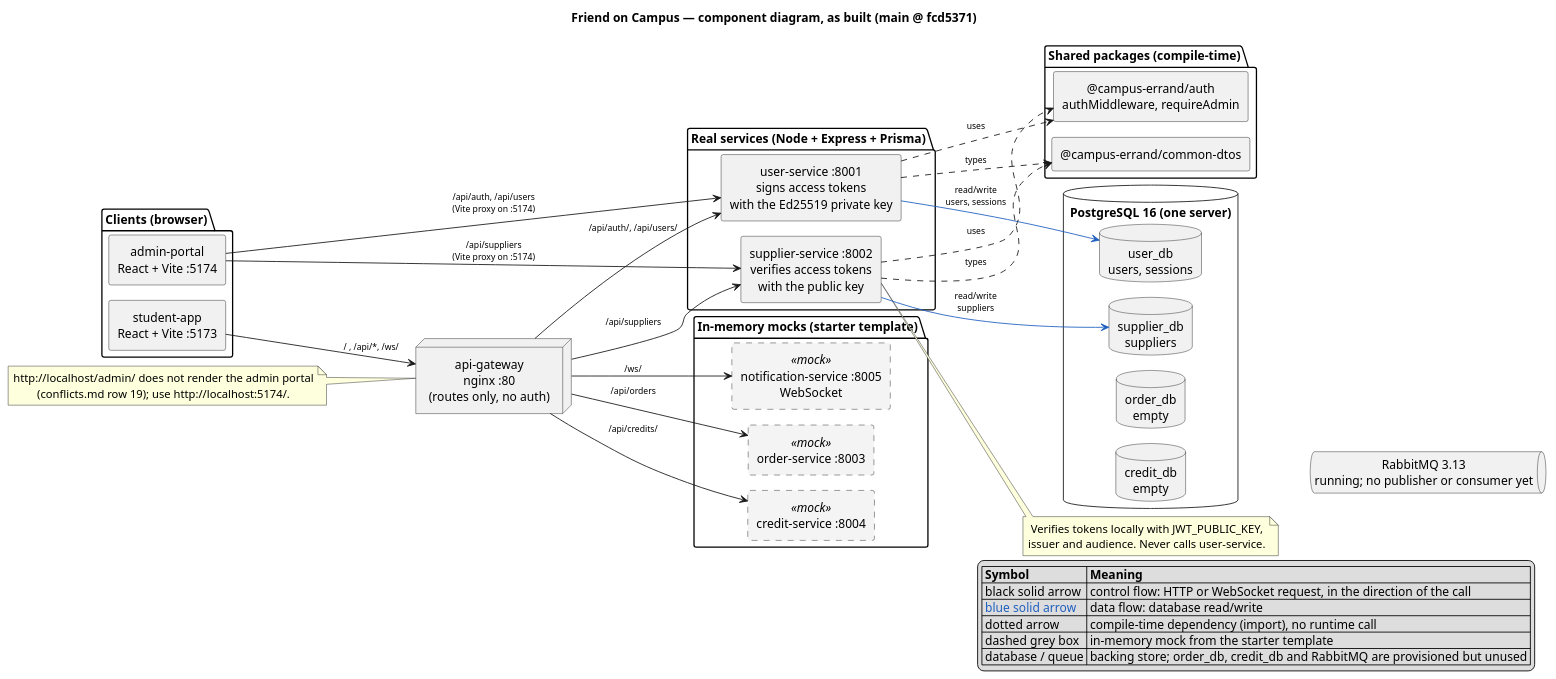
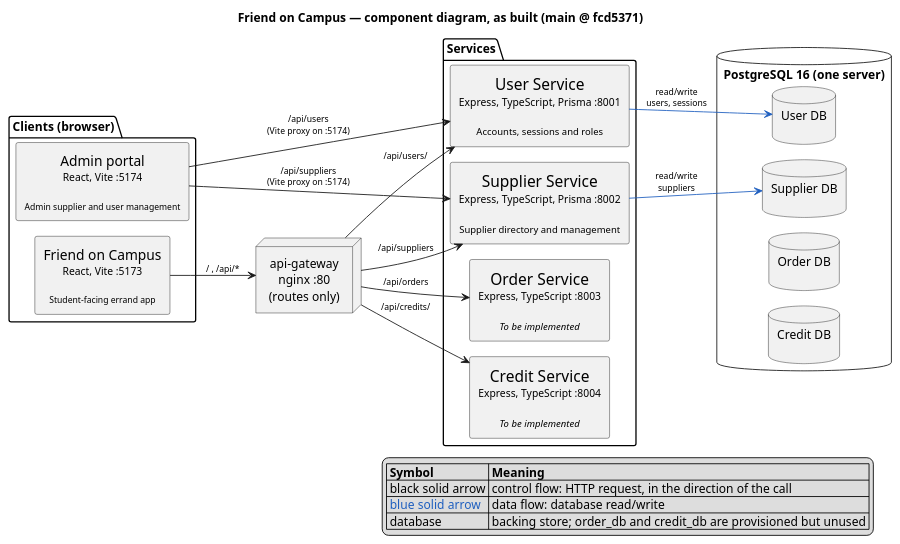
The diagram in docs/diagrams/component.puml (AY2627S1-CS3219-P25/friend-on-campus), drawn with PlantUML before and after one commit. The commit also changed 1 other file, not shown here.

Commit message:
Update puml for auth and components

```diff
--- a/docs/diagrams/component.puml
+++ b/docs/diagrams/component.puml
@@ -8,87 +8,51 @@
 @startuml component
 !pragma layout smetana
 title Friend on Campus — component diagram, as built (main @ fcd5371)
 left to right direction
 skinparam componentStyle rectangle
 skinparam shadowing false
 skinparam defaultTextAlignment center
 skinparam ArrowFontSize 10
 
-skinparam rectangle {
-  BackgroundColor<<mock>> #F4F4F4
-  BorderStyle<<mock>> dashed
+package "Clients (browser)" {
+  [<size:16>Admin portal</size>\n<size:12>React, Vite :5174</size>\n\n<size:10>Admin supplier and user management</size>] as AP
+  [<size:16>Friend on Campus</size>\n<size:12>React, Vite :5173</size>\n\n<size:10>Student-facing errand app</size>] as SA
 }
 
-package "Clients (browser)" {
-  [student-app\nReact + Vite :5173] as SA
-  [admin-portal\nReact + Vite :5174] as AP
-}
+node "api-gateway\nnginx :80\n(routes only)" as GW
 
-node "api-gateway\nnginx :80\n(routes only, no auth)" as GW
-
-package "Real services (Node + Express + Prisma)" {
-  [user-service :8001\nsigns access tokens\nwith the Ed25519 private key] as US
-  [supplier-service :8002\nverifies access tokens\nwith the public key] as SS
-}
-
-package "In-memory mocks (starter template)" {
-  rectangle "order-service :8003" <<mock>> as OS
-  rectangle "credit-service :8004" <<mock>> as CS
-  rectangle "notification-service :8005\nWebSocket" <<mock>> as NS
-}
-
-package "Shared packages (compile-time)" {
-  [@campus-errand/auth\nauthMiddleware, requireAdmin] as AUTH
-  [@campus-errand/common-dtos] as DTO
+package "Services" {
+  component "<size:18>User Service</size>\n<size:12>Express, TypeScript, Prisma :8001</size>\n\n<size:11>Accounts, sessions and roles</size>" as US
+  rectangle "<size:18>Supplier Service</size>\n<size:12>Express, TypeScript, Prisma :8002</size>\n\n<size:11>Supplier directory and management</size>" as SS
+  rectangle "<size:18>Order Service</size>\n<size:12>Express, TypeScript :8003</size>\n\n<size:11><i>To be implemented</i></size>" as OS
+  rectangle "<size:18>Credit Service</size>\n<size:12>Express, TypeScript :8004</size>\n\n<size:11><i>To be implemented</i></size>" as CS
 }
 
 database "PostgreSQL 16 (one server)" {
-  database "user_db\nusers, sessions" as UDB
-  database "supplier_db\nsuppliers" as SDB
-  database "order_db\nempty" as ODB
-  database "credit_db\nempty" as CDB
+  database "User DB\n" as UDB
+  database "Supplier DB\n" as SDB
+  database "Order DB\n" as ODB
+  database "Credit DB\n" as CDB
 }
 
-queue "RabbitMQ 3.13\nrunning; no publisher or consumer yet" as MQ
-
-' ---- control flow: HTTP / WebSocket requests (solid, black)
-SA --> GW : "/ , /api/*, /ws/"
-AP --> US : "/api/auth, /api/users\n(Vite proxy on :5174)"
+' ---- control flow: HTTP requests (solid, black)
+SA --> GW : "/ , /api/*"
+AP --> US : "/api/users\n(Vite proxy on :5174)"
 AP --> SS : "/api/suppliers\n(Vite proxy on :5174)"
-GW --> US : "/api/auth/, /api/users/"
+GW --> US : "/api/users/"
 GW --> SS : "/api/suppliers"
 GW --> OS : "/api/orders"
 GW --> CS : "/api/credits/"
-GW --> NS : "/ws/"
 
 ' ---- data flow: reads and writes (solid, blue)
 US -[#1F5FBF]-> UDB : "read/write\nusers, sessions"
 SS -[#1F5FBF]-> SDB : "read/write\nsuppliers"
 
-' keep RabbitMQ beside the databases
-CDB -[hidden]- MQ
-
-' ---- compile-time dependency (dotted)
-US ..> AUTH : uses
-SS ..> AUTH : uses
-US ..> DTO : types
-SS ..> DTO : types
-
 legend right
   |= Symbol |= Meaning |
-  | black solid arrow | control flow: HTTP or WebSocket request, in the direction of the call |
+  | black solid arrow | control flow: HTTP request, in the direction of the call |
   | <color:#1F5FBF>blue solid arrow</color> | data flow: database read/write |
-  | dotted arrow | compile-time dependency (import), no runtime call |
-  | dashed grey box | in-memory mock from the starter template |
-  | database / queue | backing store; order_db, credit_db and RabbitMQ are provisioned but unused |
+  | database | backing store; order_db and credit_db are provisioned but unused |
 endlegend
 
-note right of SS
-  Verifies tokens locally with JWT_PUBLIC_KEY,
-  issuer and audience. Never calls user-service.
-end note
-note left of GW
-  http://localhost/admin/ does not render the admin portal
-  (conflicts.md row 19); use http://localhost:5174/.
-end note
 @enduml
```
